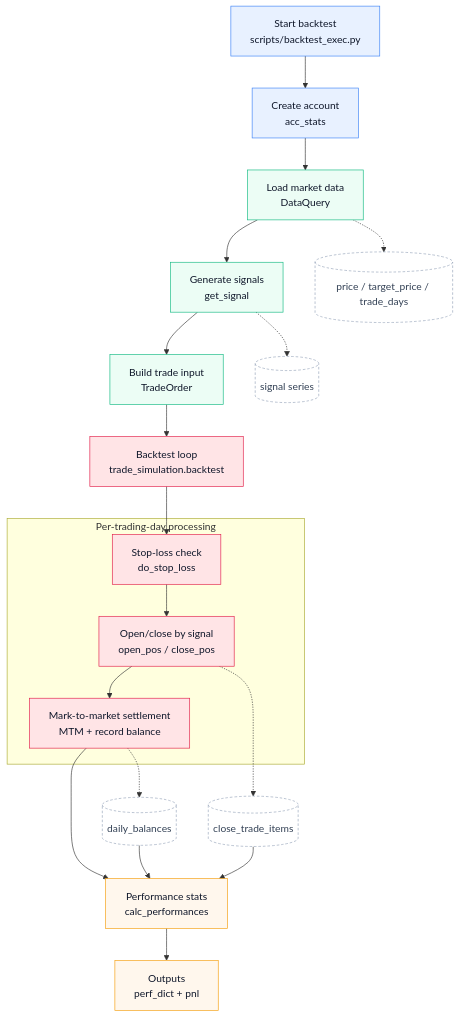
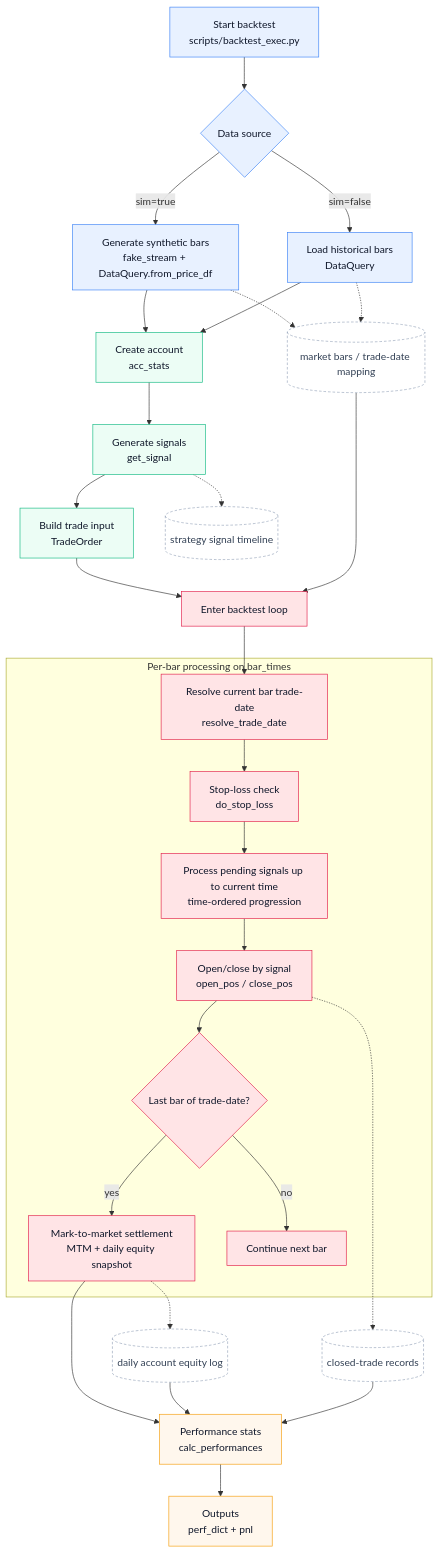
The diagram in README_EN.md (tina-wen/quant_trade), drawn with Mermaid before and after one commit. The commit also changed other lines of this file and 3 other files, not shown here.

````diff
--- a/README_EN.md
+++ b/README_EN.md
@@ -111,36 +111,45 @@
 ```mermaid
 flowchart TB
-  A[Start backtest<br/>scripts/backtest_exec.py] --> B[Create account<br/>acc_stats]
-  B --> C[Load market data<br/>DataQuery]
+  A[Start backtest<br/>scripts/backtest_exec.py] --> A1{Data source}
+  A1 -->|sim=true| B1[Generate synthetic bars<br/>fake_stream + DataQuery.from_price_df]
+  A1 -->|sim=false| B2[Load historical bars<br/>DataQuery]
+  B1 --> C[Create account<br/>acc_stats]
+  B2 --> C
   C --> D[Generate signals<br/>get_signal]
   D --> E[Build trade input<br/>TradeOrder]
-  E --> F[Backtest loop<br/>trade_simulation.backtest]
+  E --> F[Enter backtest loop]
 
-  subgraph LOOP[Per-trading-day processing]
-    F1[Stop-loss check<br/>do_stop_loss] --> F2[Open/close by signal<br/>open_pos / close_pos]
-    F2 --> F3[Mark-to-market settlement<br/>MTM + record balance]
+  subgraph LOOP[Per-bar processing on bar_times]
+    F1[Resolve current bar trade-date<br/>resolve_trade_date] --> F2[Stop-loss check<br/>do_stop_loss]
+    F2 --> F3[Process pending signals up to current time<br/>time-ordered progression]
+    F3 --> F4[Open/close by signal<br/>open_pos / close_pos]
+    F4 --> F5{Last bar of trade-date?}
+    F5 -->|yes| F6[Mark-to-market settlement<br/>MTM + daily equity snapshot]
+    F5 -->|no| F7[Continue next bar]
   end
 
   F --> F1
-  F3 --> G[Performance stats<br/>calc_performances]
+  F6 --> G[Performance stats<br/>calc_performances]
   G --> H[Outputs<br/>perf_dict + pnl]
 
-  C -.-> X1[(price / target_price / trade_days)]
-  D -.-> X2[(signal series)]
-  F3 -.-> X3[(daily_balances)]
-  F2 -.-> X4[(close_trade_items)]
+  B1 -.-> X0[(market bars / trade-date mapping)]
+  B2 -.-> X0
+  D -.-> X2[(strategy signal timeline)]
+  F6 -.-> X3[(daily account equity log)]
+  F4 -.-> X4[(closed-trade records)]
+  X0 --> F
   X3 --> G
   X4 --> G
 
   classDef s1 fill:#E8F1FF,stroke:#3B82F6,color:#0F172A;
   classDef s2 fill:#ECFDF5,stroke:#10B981,color:#0F172A;
   classDef s3 fill:#FFF7ED,stroke:#F59E0B,color:#0F172A;
   classDef s4 fill:#FFE4E6,stroke:#E11D48,color:#0F172A;
   classDef data fill:#FFFFFF,stroke:#94A3B8,stroke-dasharray:4 3,color:#334155;
 
-  class A,B s1;
+  class A,A1,B1,B2 s1;
   class C,D,E s2;
-  class F,F1,F2,F3 s4;
+  class F,F1,F2,F3,F4,F5,F6,F7 s4;
   class G,H s3;
-  class X1,X2,X3,X4 data;
+  class X0,X2,X3,X4 data;
 ```
````
